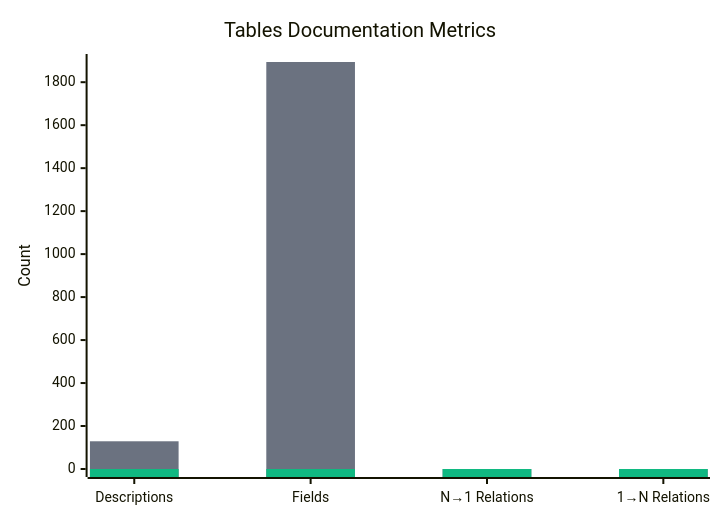
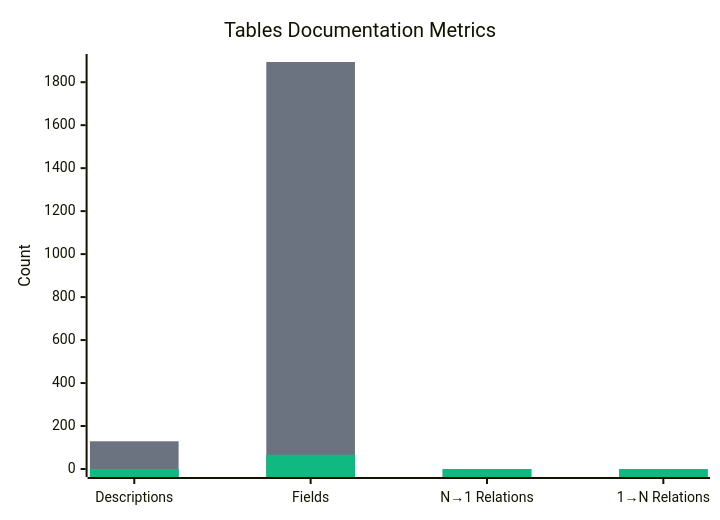
One commit to synthotec/synthotec.github.io changed the fourth of 4 diagrams in Documentation/SynthoTec-4D/Overview.md. Above: the diagram before and after it, drawn with Mermaid. The commit also changed other lines of this file, not shown here.

````diff
--- a/Documentation/SynthoTec-4D/Overview.md
+++ b/Documentation/SynthoTec-4D/Overview.md
@@ -58,9 +58,9 @@
 ```mermaid
 %%{init: {'theme':'base', 'themeVariables': {'xyChart': {'backgroundColor': 'transparent', 'plotColorPalette': '#6b7280, #10b981'}}}}%%
 xychart-beta
     title "Tables Documentation Metrics"
     x-axis ["Descriptions", "Fields", "N→1 Relations", "1→N Relations"]
     y-axis "Count" 0 --> 1894
     bar [129, 1894, 0, 0]
-    bar [0, 0, 0, 0]
+    bar [0, 66, 0, 0]
 ```
````
